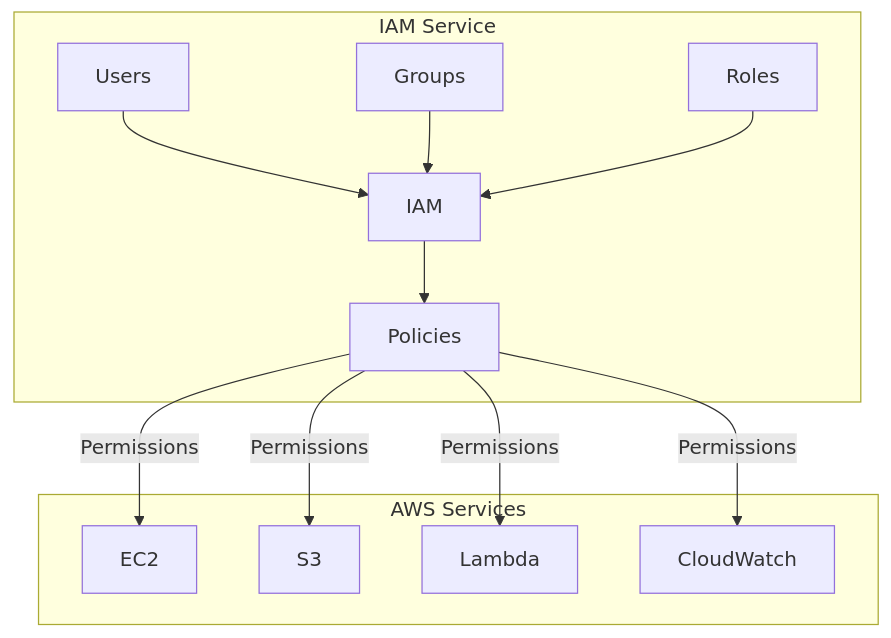
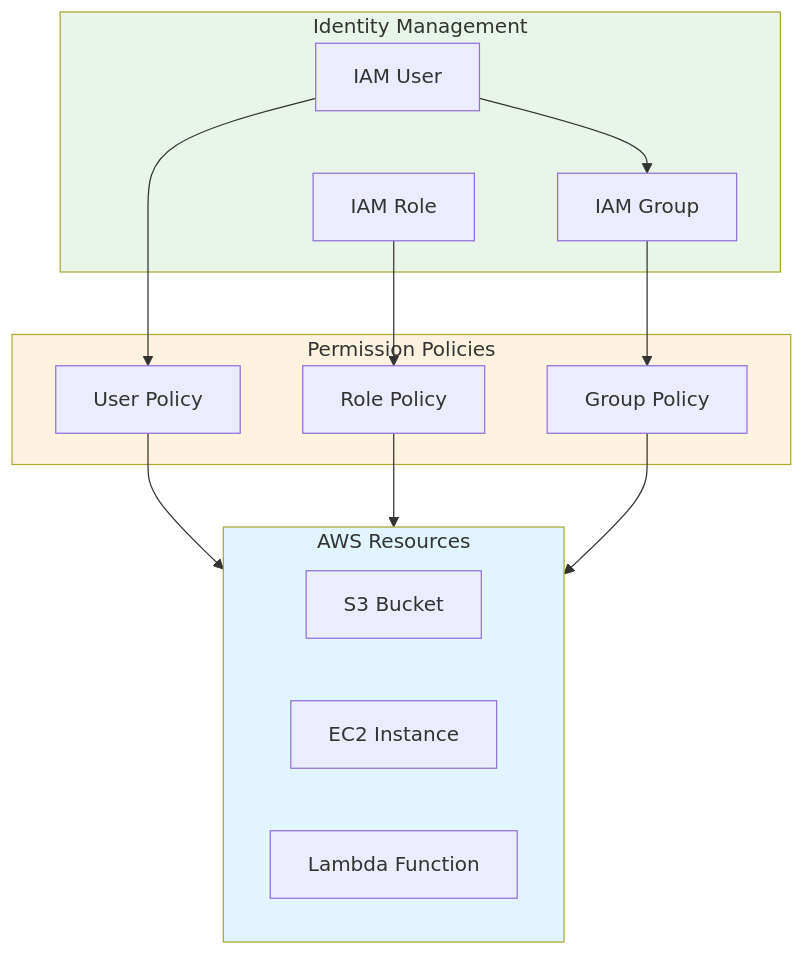
Before and after one commit to superluminar-io/aws-modular-workshop: the first of 2 diagrams in docs/labs/lab_120_iam_permissions/0_intro.md, drawn with Mermaid. The commit also changed other lines of this file and 36 other files, not shown here.

````diff
--- a/docs/labs/lab_120_iam_permissions/0_intro.md
+++ b/docs/labs/lab_120_iam_permissions/0_intro.md
@@ -9,21 +9,33 @@
 ```mermaid
 flowchart TD
-    subgraph IAM["IAM Service"]
-        A[Users] --> D[IAM]
-        B[Groups] --> D
-        C[Roles] --> D
-        D --> E[Policies]
+    subgraph Identity["Identity Management"]
+        User[IAM User]
+        Role[IAM Role]
+        Group[IAM Group]
     end
 
-    subgraph AWS["AWS Services"]
-        F[EC2]
-        G[S3]
-        H[Lambda]
-        I[CloudWatch]
+    subgraph Policies["Permission Policies"]
+        UP[User Policy]
+        RP[Role Policy]
+        GP[Group Policy]
     end
 
-    E -->|Permissions| F
-    E -->|Permissions| G
-    E -->|Permissions| H
-    E -->|Permissions| I
+    subgraph Resources["AWS Resources"]
+        S3[S3 Bucket]
+        EC2[EC2 Instance]
+        Lambda[Lambda Function]
+    end
+
+    User --> UP
+    Role --> RP
+    Group --> GP
+    User --> Group
+
+    UP --> Resources
+    RP --> Resources
+    GP --> Resources
+
+    style Identity fill:#e8f5e8
+    style Policies fill:#fff3e0
+    style Resources fill:#e1f5fe
 ```
````
